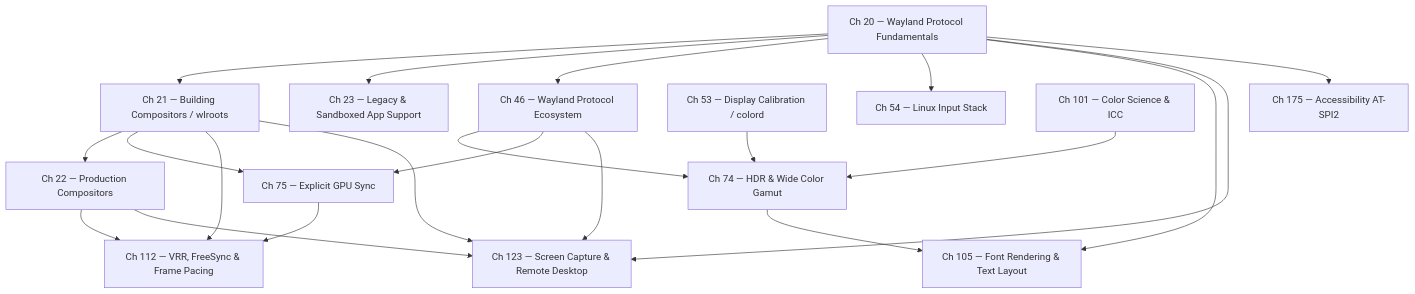
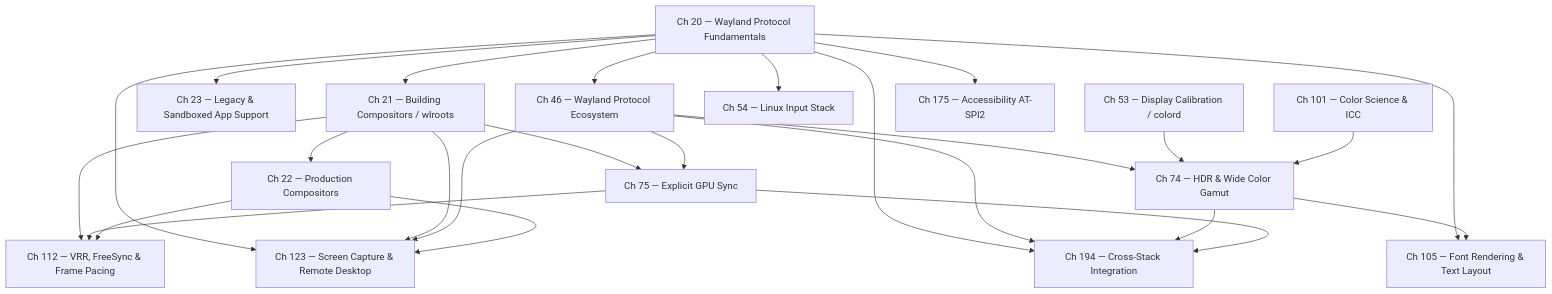
One commit to jreuben11/linux-graphics-stack-book changed the diagram in chapters/part-06-display-stack/part-intro.md. Above: the diagram before and after it, drawn with Mermaid. The commit also changed other lines of this file and 4 other files, not shown here.

First line of the commit message:
Add ch194 cross-stack integration; expand ch39 with WebKitGTK §8 + GLib/Gdk-Pixbuf §4.6

````diff
--- a/chapters/part-06-display-stack/part-intro.md
+++ b/chapters/part-06-display-stack/part-intro.md
@@ -168,39 +168,44 @@
 ```mermaid
 graph TD
     CH20[Ch 20 — Wayland Protocol Fundamentals]
     CH21[Ch 21 — Building Compositors / wlroots]
     CH22[Ch 22 — Production Compositors]
     CH23[Ch 23 — Legacy & Sandboxed App Support]
     CH46[Ch 46 — Wayland Protocol Ecosystem]
     CH53[Ch 53 — Display Calibration / colord]
     CH54[Ch 54 — Linux Input Stack]
     CH74[Ch 74 — HDR & Wide Color Gamut]
     CH75[Ch 75 — Explicit GPU Sync]
     CH101[Ch 101 — Color Science & ICC]
     CH105[Ch 105 — Font Rendering & Text Layout]
     CH112[Ch 112 — VRR, FreeSync & Frame Pacing]
     CH123[Ch 123 — Screen Capture & Remote Desktop]
 
     CH20 --> CH21
     CH20 --> CH23
     CH20 --> CH46
     CH20 --> CH54
     CH20 --> CH105
     CH20 --> CH123
     CH21 --> CH22
     CH21 --> CH75
     CH21 --> CH112
     CH21 --> CH123
     CH46 --> CH74
     CH46 --> CH75
     CH46 --> CH123
     CH53 --> CH74
     CH101 --> CH74
     CH74 --> CH105
     CH75 --> CH112
     CH175[Ch 175 — Accessibility AT-SPI2]
 
     CH20 --> CH175
     CH22 --> CH112
     CH22 --> CH123
+    CH194[Ch 194 — Cross-Stack Integration]
+    CH20 --> CH194
+    CH46 --> CH194
+    CH74 --> CH194
+    CH75 --> CH194
 ```
````
